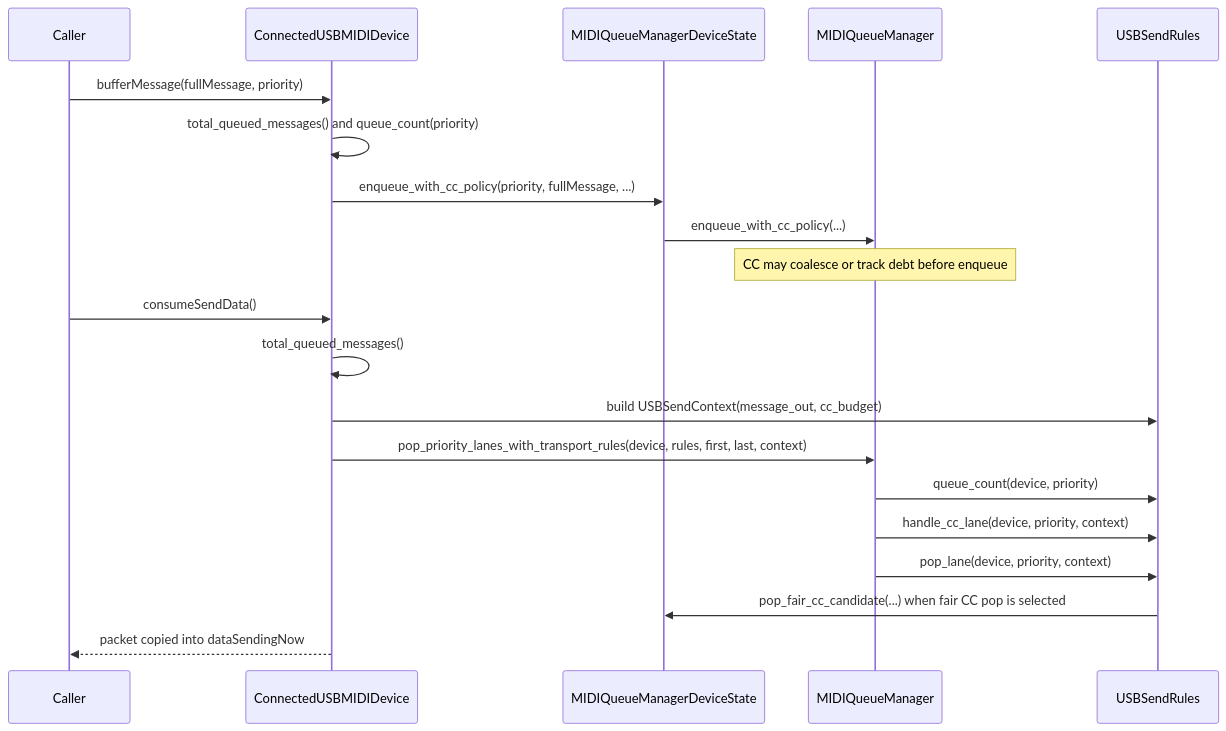
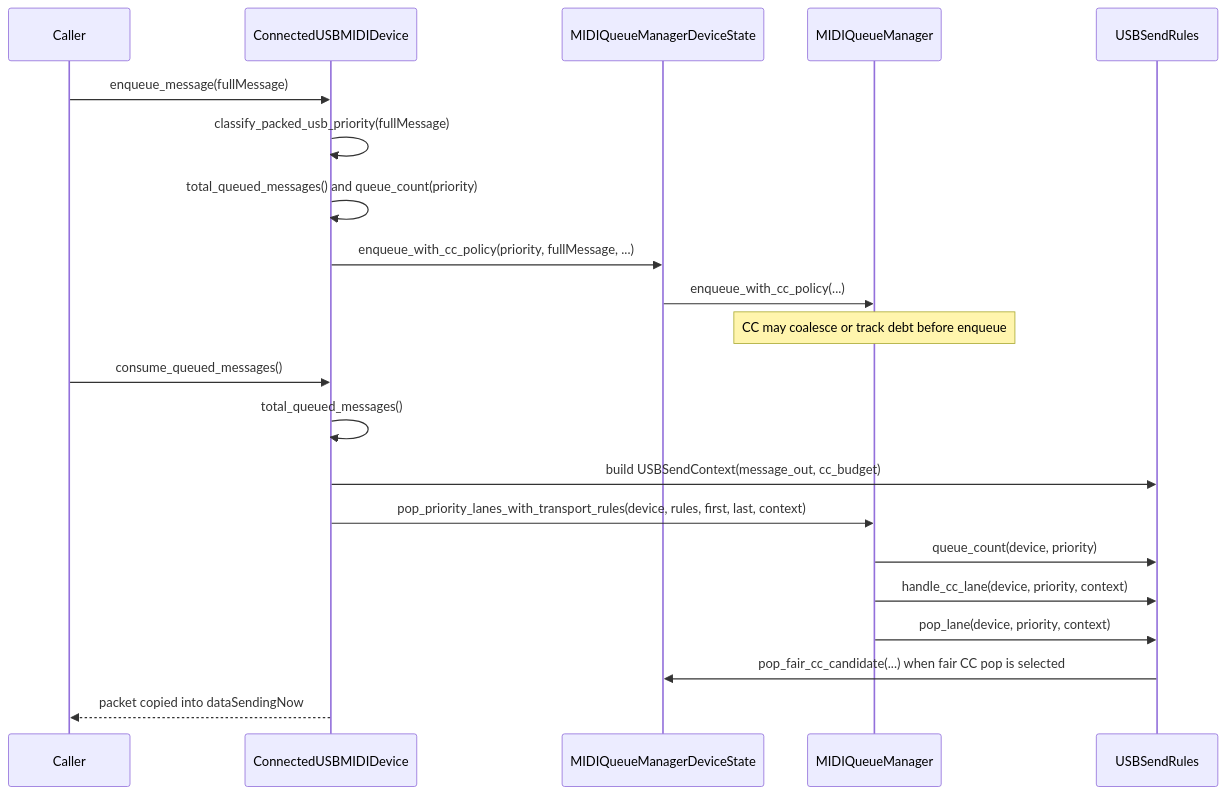
The fourth of 5 diagrams in docs/dev/midi_queue_flow.md (seangoodvibes/DelugeFirmware), drawn with Mermaid before and after one commit. The commit also changed other lines of this file and 4 other files, not shown here.

````diff
--- a/docs/dev/midi_queue_flow.md
+++ b/docs/dev/midi_queue_flow.md
@@ -106,24 +111,25 @@
 ```mermaid
 sequenceDiagram
     participant Caller
     participant USB as ConnectedUSBMIDIDevice
     participant MQ as MIDIQueueManagerDeviceState
     participant QM as MIDIQueueManager
     participant Rules as USBSendRules
 
-    Caller->>USB: bufferMessage(fullMessage, priority)
+    Caller->>USB: enqueue_message(fullMessage)
+    USB->>USB: classify_packed_usb_priority(fullMessage)
     USB->>USB: total_queued_messages() and queue_count(priority)
     USB->>MQ: enqueue_with_cc_policy(priority, fullMessage, ...)
     MQ->>QM: enqueue_with_cc_policy(...)
     Note over QM: CC may coalesce or track debt before enqueue
 
-    Caller->>USB: consumeSendData()
+    Caller->>USB: consume_queued_messages()
     USB->>USB: total_queued_messages()
     USB->>Rules: build USBSendContext(message_out, cc_budget)
     USB->>QM: pop_priority_lanes_with_transport_rules(device, rules, first, last, context)
     QM->>Rules: queue_count(device, priority)
     QM->>Rules: handle_cc_lane(device, priority, context)
     QM->>Rules: pop_lane(device, priority, context)
     Rules->>MQ: pop_fair_cc_candidate(...) when fair CC pop is selected
     USB-->>Caller: packet copied into dataSendingNow
 ```
````
